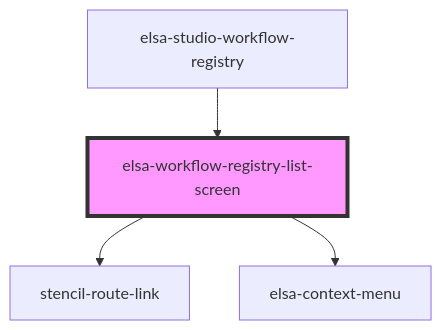
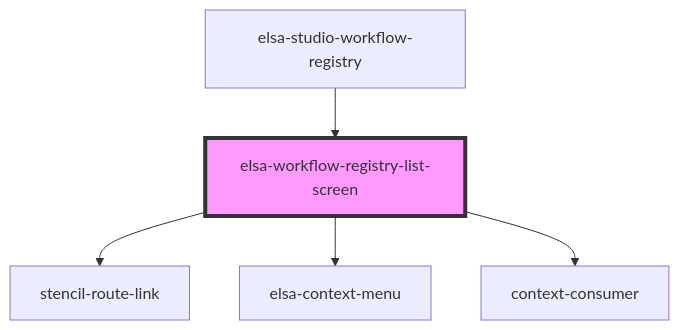
Before and after one commit to elsa-workflows/elsa-core: the diagram in src/designer/elsa-workflows-studio/src/components/screens/workflow-registry-list/elsa-workflow-registry-list-screen/readme.md, drawn with Mermaid. The commit also changed other lines of this file and 22 other files, not shown here.

````diff
--- a/src/designer/elsa-workflows-studio/src/components/screens/workflow-registry-list/elsa-workflow-registry-list-screen/readme.md
+++ b/src/designer/elsa-workflows-studio/src/components/screens/workflow-registry-list/elsa-workflow-registry-list-screen/readme.md
@@ -28,7 +30,8 @@
 ```mermaid
 graph TD;
   elsa-workflow-registry-list-screen --> stencil-route-link
   elsa-workflow-registry-list-screen --> elsa-context-menu
+  elsa-workflow-registry-list-screen --> context-consumer
   elsa-studio-workflow-registry --> elsa-workflow-registry-list-screen
   style elsa-workflow-registry-list-screen fill:#f9f,stroke:#333,stroke-width:4px
 ```
````
